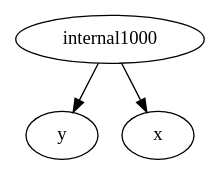
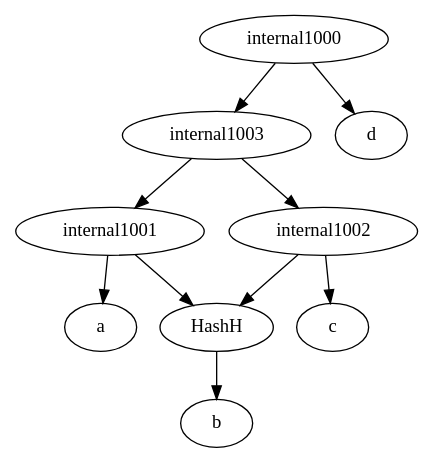
The diagram in ParsingTxt/Launcher/upload.dot (iharnoor/PhylogeneticsWebsite), drawn with Graphviz before and after one commit. The commit also changed 2 other files, not shown here.

Commit message:
no hash nodes in remove nodes

```diff
--- a/ParsingTxt/Launcher/upload.dot
+++ b/ParsingTxt/Launcher/upload.dot
@@ -1,4 +1,11 @@
 strict digraph G1 {
-internal1000 ->  y
-internal1000 -> x
+HashH -> b
+internal1001 -> HashH
+internal1001 -> a
+internal1002 -> c
+internal1002 -> HashH
+internal1003 -> internal1002
+internal1003 -> internal1001
+internal1000 -> d
+internal1000 -> internal1003
 }
```
